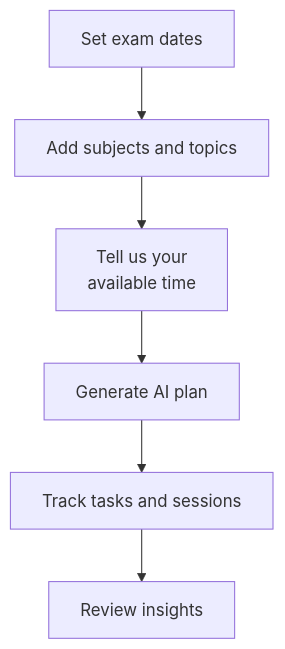
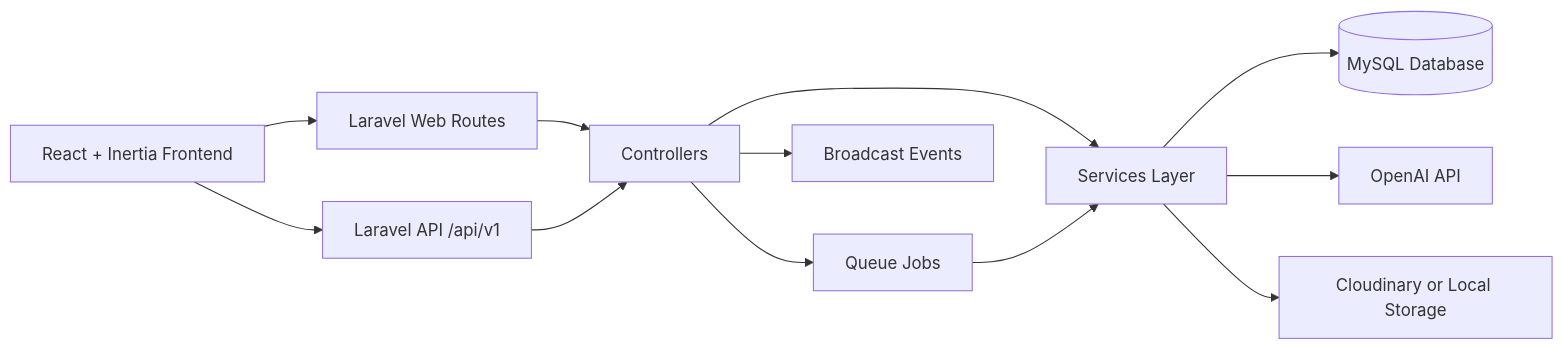
The diagram in README.md (Rupom090/AI-Smart-Study-Planner-for-Students), drawn with Mermaid before and after one commit. The commit also changed other lines of this file and 7 other files, not shown here.

````diff
--- a/README.md
+++ b/README.md
@@ -65,8 +56,16 @@
 ```mermaid
-graph TB
-  A[Set exam dates] --> B[Add subjects and topics]
-  B --> C["Tell us your<br/>available time"]
-  C --> D[Generate AI plan]
-  D --> E[Track tasks and sessions]
-  E --> F[Review insights]
+flowchart LR
+    A[React + Inertia Frontend] --> B[Laravel Web Routes]
+    A --> C[Laravel API /api/v1]
+
+    B --> D[Controllers]
+    C --> D
+
+    D --> E[Services Layer]
+    E --> F[(MySQL Database)]
+    E --> G[OpenAI API]
+    E --> H[Cloudinary or Local Storage]
+    D --> I[Queue Jobs]
+    I --> E
+    D --> J[Broadcast Events]
 ```
````
